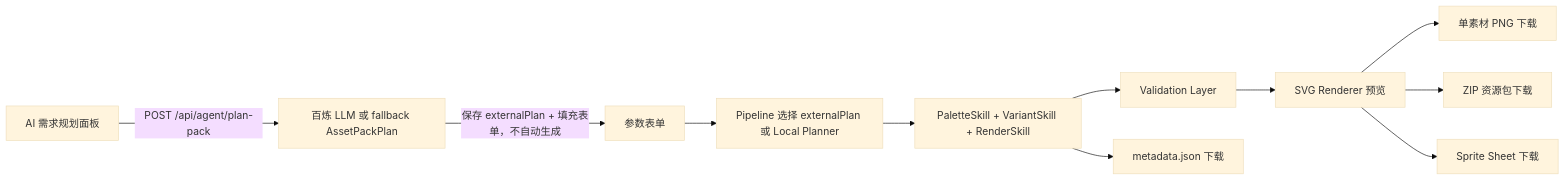
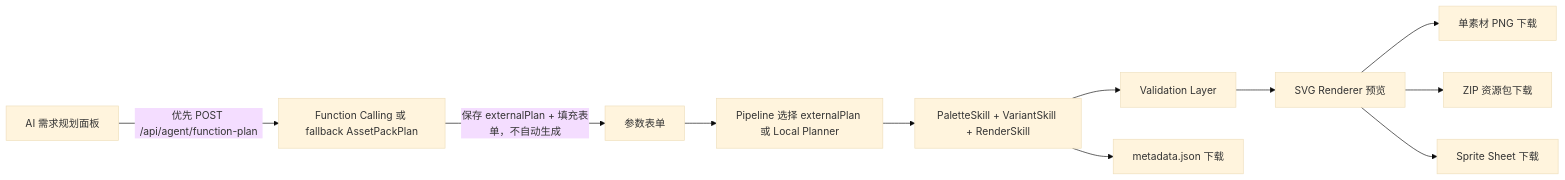
The first of 3 diagrams in docs/ARCHITECTURE.md (px-ego/game-asset-forge), drawn with Mermaid (base theme) before and after one commit. The commit also changed other lines of this file and 31 other files, not shown here.

````diff
--- a/docs/ARCHITECTURE.md
+++ b/docs/ARCHITECTURE.md
@@ -19,13 +19,13 @@
 ```mermaid
 flowchart LR
-  P["AI 需求规划面板"] -->|"POST /api/agent/plan-pack"| H["百炼 LLM 或 fallback AssetPackPlan"]
+  P["AI 需求规划面板"] -->|"优先 POST /api/agent/function-plan"| H["Function Calling 或 fallback AssetPackPlan"]
   H -->|"保存 externalPlan + 填充表单，不自动生成"| A["参数表单"]
   A --> B["Pipeline 选择 externalPlan 或 Local Planner"]
   B --> S["PaletteSkill + VariantSkill + RenderSkill"]
   S --> V["Validation Layer"]
   V --> C["SVG Renderer 预览"]
   C --> D["单素材 PNG 下载"]
   S --> E["metadata.json 下载"]
   C --> F["ZIP 资源包下载"]
   C --> G["Sprite Sheet 下载"]
 ```
````
